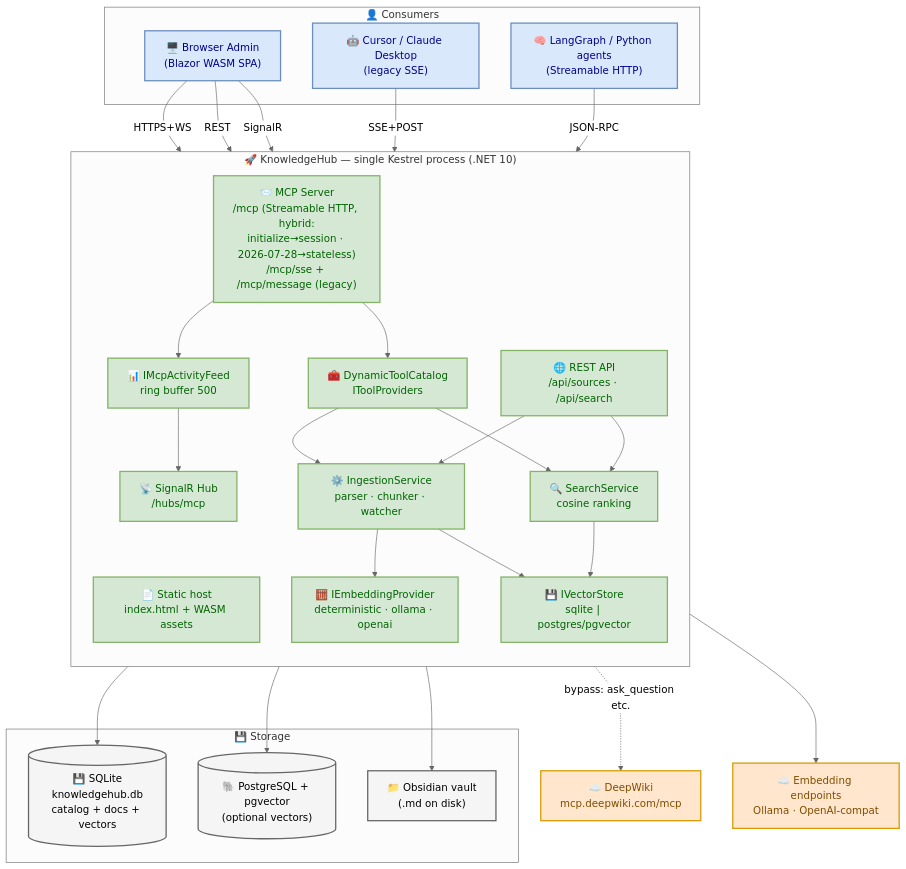
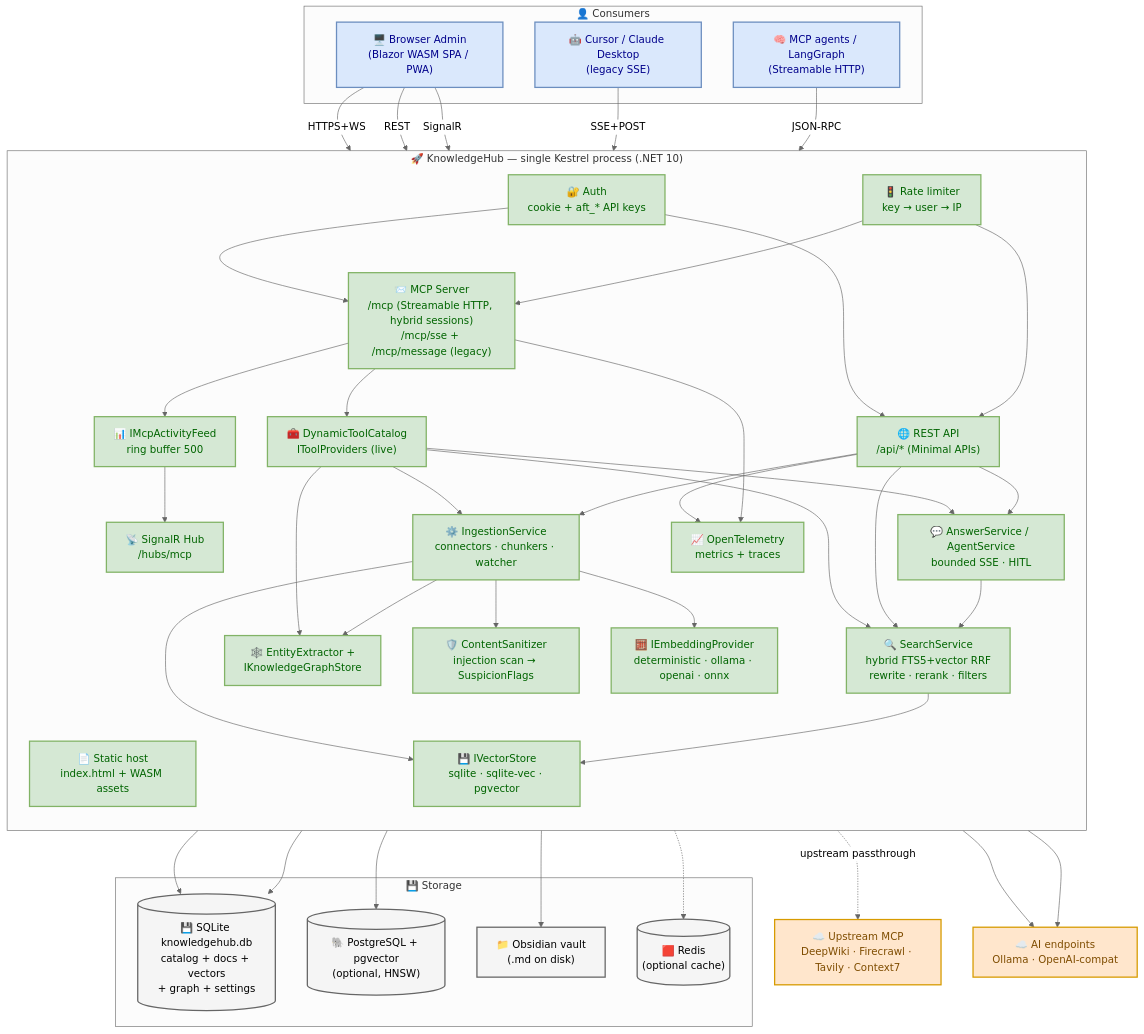
One commit to afonsoft/LangGraph-UI changed the diagram in docs/architecture/knowledge-hub_context_container.mmd. Above: the diagram before and after it, drawn with Mermaid. The commit also changed 29 other files, not shown here.

First line of the commit message:
docs: refresh architecture docs, ADRs, READMEs, and aux guides (#173)

```diff
--- a/docs/architecture/knowledge-hub_context_container.mmd
+++ b/docs/architecture/knowledge-hub_context_container.mmd
@@ -1,61 +1,83 @@
 %%{init: {'theme':'neutral'}}%%
 flowchart TB
     subgraph Clients["👤 Consumers"]
-        UI["🖥️ Browser Admin<br/>(Blazor WASM SPA)"]
+        UI["🖥️ Browser Admin<br/>(Blazor WASM SPA / PWA)"]
         CUR["🤖 Cursor / Claude Desktop<br/>(legacy SSE)"]
-        AG["🧠 LangGraph / Python agents<br/>(Streamable HTTP)"]
+        AG["🧠 MCP agents / LangGraph<br/>(Streamable HTTP)"]
     end
 
     subgraph KH["🚀 KnowledgeHub — single Kestrel process (.NET 10)"]
         direction TB
         SPA["📄 Static host<br/>index.html + WASM assets"]
-        API["🌐 REST API<br/>/api/sources · /api/search"]
-        MCP["📨 MCP Server<br/>/mcp (Streamable HTTP, hybrid:<br/>initialize→session · 2026-07-28→stateless)<br/>/mcp/sse + /mcp/message (legacy)"]
+        API["🌐 REST API<br/>/api/* (Minimal APIs)"]
+        MCP["📨 MCP Server<br/>/mcp (Streamable HTTP, hybrid sessions)<br/>/mcp/sse + /mcp/message (legacy)"]
         HUB["📡 SignalR Hub<br/>/hubs/mcp"]
-        CAT["🧰 DynamicToolCatalog<br/>IToolProviders"]
-        ING["⚙️ IngestionService<br/>parser · chunker · watcher"]
-        SRCH["🔍 SearchService<br/>cosine ranking"]
-        EMB["🧮 IEmbeddingProvider<br/>deterministic · ollama · openai"]
-        VEC["💾 IVectorStore<br/>sqlite | postgres/pgvector"]
+        AUTH["🔐 Auth<br/>cookie + aft_* API keys"]
+        RL["🚦 Rate limiter<br/>key → user → IP"]
+        CAT["🧰 DynamicToolCatalog<br/>IToolProviders (live)"]
+        ING["⚙️ IngestionService<br/>connectors · chunkers · watcher"]
+        SEC["🛡️ ContentSanitizer<br/>injection scan → SuspicionFlags"]
+        GRAPH["🕸️ EntityExtractor +<br/>IKnowledgeGraphStore"]
+        SRCH["🔍 SearchService<br/>hybrid FTS5+vector RRF<br/>rewrite · rerank · filters"]
+        ANS["💬 AnswerService / AgentService<br/>bounded SSE · HITL"]
+        EMB["🧮 IEmbeddingProvider<br/>deterministic · ollama · openai · onnx"]
+        VEC["💾 IVectorStore<br/>sqlite · sqlite-vec · pgvector"]
+        TEL["📈 OpenTelemetry<br/>metrics + traces"]
         FEED["📊 IMcpActivityFeed<br/>ring buffer 500"]
     end
 
     subgraph Stores["💾 Storage"]
-        SQL[("💾 SQLite<br/>knowledgehub.db<br/>catalog + docs + vectors")]
-        PG[("🐘 PostgreSQL + pgvector<br/>(optional vectors)")]
+        SQL[("💾 SQLite knowledgehub.db<br/>catalog + docs + vectors<br/>+ graph + settings")]
+        PG[("🐘 PostgreSQL + pgvector<br/>(optional, HNSW)")]
         VAULT["📁 Obsidian vault<br/>(.md on disk)"]
+        REDIS[("🟥 Redis<br/>(optional cache)")]
     end
 
-    DW["☁️ DeepWiki<br/>mcp.deepwiki.com/mcp"]
-    LLM["☁️ Embedding endpoints<br/>Ollama · OpenAI-compat"]
+    UP["☁️ Upstream MCP<br/>DeepWiki · Firecrawl · Tavily · Context7"]
+    LLM["☁️ AI endpoints<br/>Ollama · OpenAI-compat"]
 
     UI -->|HTTPS+WS| SPA
     UI -->|REST| API
     UI -->|SignalR| HUB
     CUR -->|SSE+POST| MCP
     AG -->|JSON-RPC| MCP
 
+    AUTH --> API
+    AUTH --> MCP
+    RL --> API
+    RL --> MCP
     MCP --> CAT
     MCP --> FEED
     FEED --> HUB
     CAT --> SRCH
+    CAT --> ANS
     CAT --> ING
+    CAT --> GRAPH
     API --> SRCH
+    API --> ANS
     API --> ING
+    ING --> SEC
     ING --> EMB
+    ING --> GRAPH
     ING --> VAULT
     ING --> VEC
     SRCH --> VEC
+    ANS --> SRCH
+    ANS --> LLM
+    EMB --> LLM
     VEC --> SQL
+    GRAPH --> SQL
     VEC --> PG
-    EMB --> LLM
-    CAT -.->|bypass: ask_question etc.| DW
+    VEC -.-> REDIS
+    CAT -.->|upstream passthrough| UP
+    API --> TEL
+    MCP --> TEL
 
     classDef client fill:#dae8fc,stroke:#6c8ebf,stroke-width:2px,color:darkblue
     classDef core fill:#d5e8d4,stroke:#82b366,stroke-width:2px,color:darkgreen
     classDef store fill:#f5f5f5,stroke:#666666,stroke-width:2px,color:black
     classDef ext fill:#ffe6cc,stroke:#d79b00,stroke-width:2px,color:#7f4d00
     class UI,CUR,AG client
-    class SPA,API,MCP,HUB,CAT,ING,SRCH,EMB,VEC,FEED core
-    class SQL,PG,VAULT store
-    class DW,LLM ext
+    class SPA,API,MCP,HUB,AUTH,RL,CAT,ING,SEC,GRAPH,SRCH,ANS,EMB,VEC,TEL,FEED core
+    class SQL,PG,VAULT,REDIS store
+    class UP,LLM ext
```
